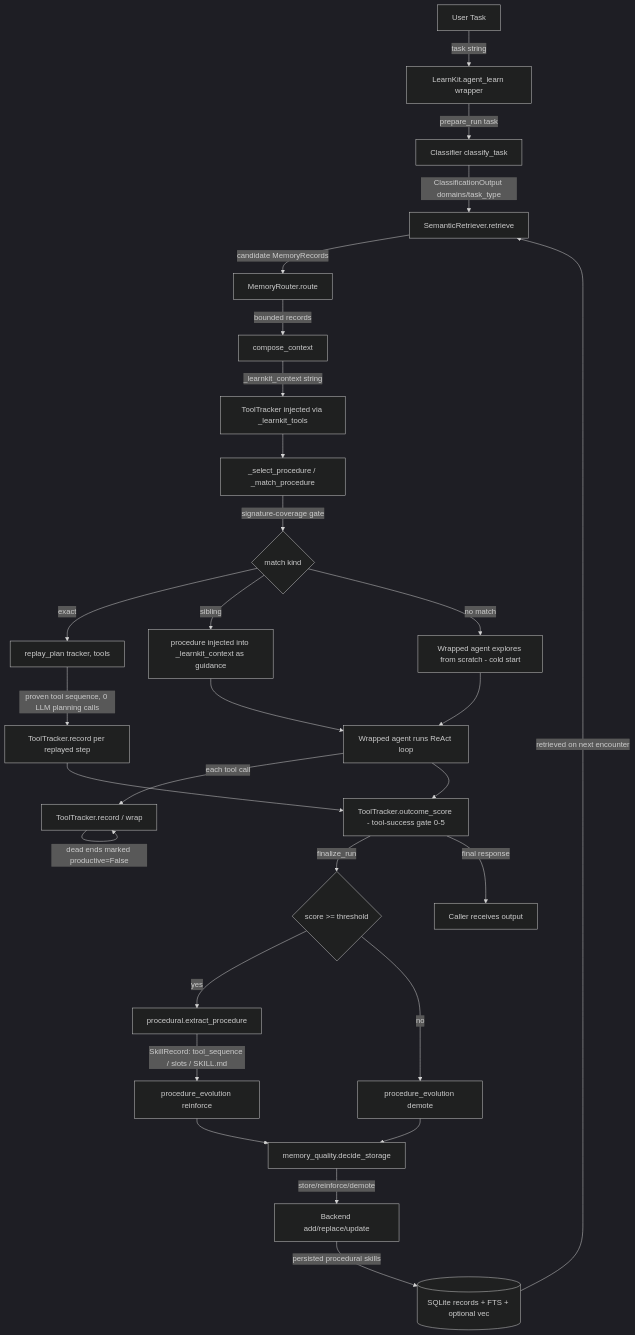
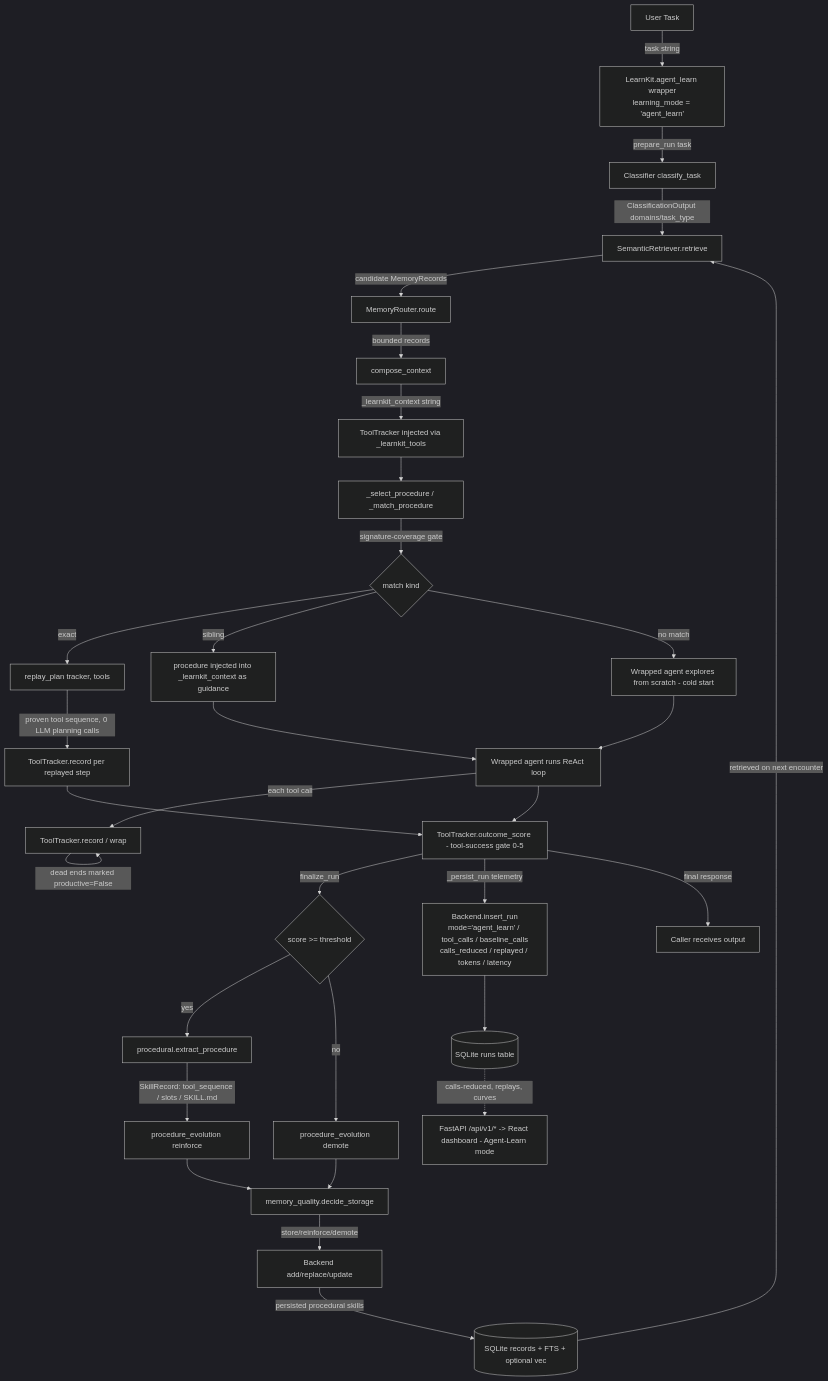
One commit to siddhu1716/LearnKit changed the diagram in architecture/agent_runtime_flow.mmd. Above: the diagram before and after it, drawn with Mermaid (dark theme). The commit also changed other lines of this file and 6 other files, not shown here.

Commit message:
modified docs and architecture,updated readme and added deepwiki

```diff
--- a/architecture/agent_runtime_flow.mmd
+++ b/architecture/agent_runtime_flow.mmd
@@ -1,36 +1,40 @@
 flowchart TD
-    A[User Task] -->|task string| B[LearnKit.agent_learn wrapper]
+    A[User Task] -->|task string| B["LearnKit.agent_learn wrapper<br/>learning_mode = 'agent_learn'"]
     B -->|prepare_run task| C[Classifier classify_task]
     C -->|ClassificationOutput domains/task_type| D[SemanticRetriever.retrieve]
     D -->|candidate MemoryRecords| E[MemoryRouter.route]
     E -->|bounded records| F[compose_context]
     F -->|_learnkit_context string| G[ToolTracker injected via _learnkit_tools]
 
     G --> H[_select_procedure / _match_procedure]
     H -->|signature-coverage gate| I{match kind}
 
     I -->|exact| J[replay_plan tracker, tools]
     J -->|proven tool sequence, 0 LLM planning calls| K[ToolTracker.record per replayed step]
 
     I -->|sibling| L[procedure injected into _learnkit_context as guidance]
     L --> M[Wrapped agent runs ReAct loop]
 
     I -->|no match| N[Wrapped agent explores from scratch - cold start]
     N --> M
 
     M -->|each tool call| O[ToolTracker.record / wrap]
     O -->|dead ends marked productive=False| O
     K --> P[ToolTracker.outcome_score - tool-success gate 0-5]
     M --> P
 
     P -->|finalize_run| Q{score >= threshold}
     Q -->|yes| R[procedural.extract_procedure]
     R -->|SkillRecord: tool_sequence / slots / SKILL.md| S[procedure_evolution reinforce]
     Q -->|no| T[procedure_evolution demote]
     S --> U[memory_quality.decide_storage]
     T --> U
     U -->|store/reinforce/demote| V[Backend add/replace/update]
     V -->|persisted procedural skills| W[(SQLite records + FTS + optional vec)]
     W -->|retrieved on next encounter| D
 
-    P -->|final response| X[Caller receives output]
+    P -->|_persist_run telemetry| X["Backend.insert_run<br/>mode='agent_learn' / tool_calls / baseline_calls<br/>calls_reduced / replayed / tokens / latency"]
+    X --> Y[(SQLite runs table)]
+    Y -.->|calls-reduced, replays, curves| DASH["FastAPI /api/v1/* -> React dashboard - Agent-Learn mode"]
+
+    P -->|final response| Z[Caller receives output]
```
